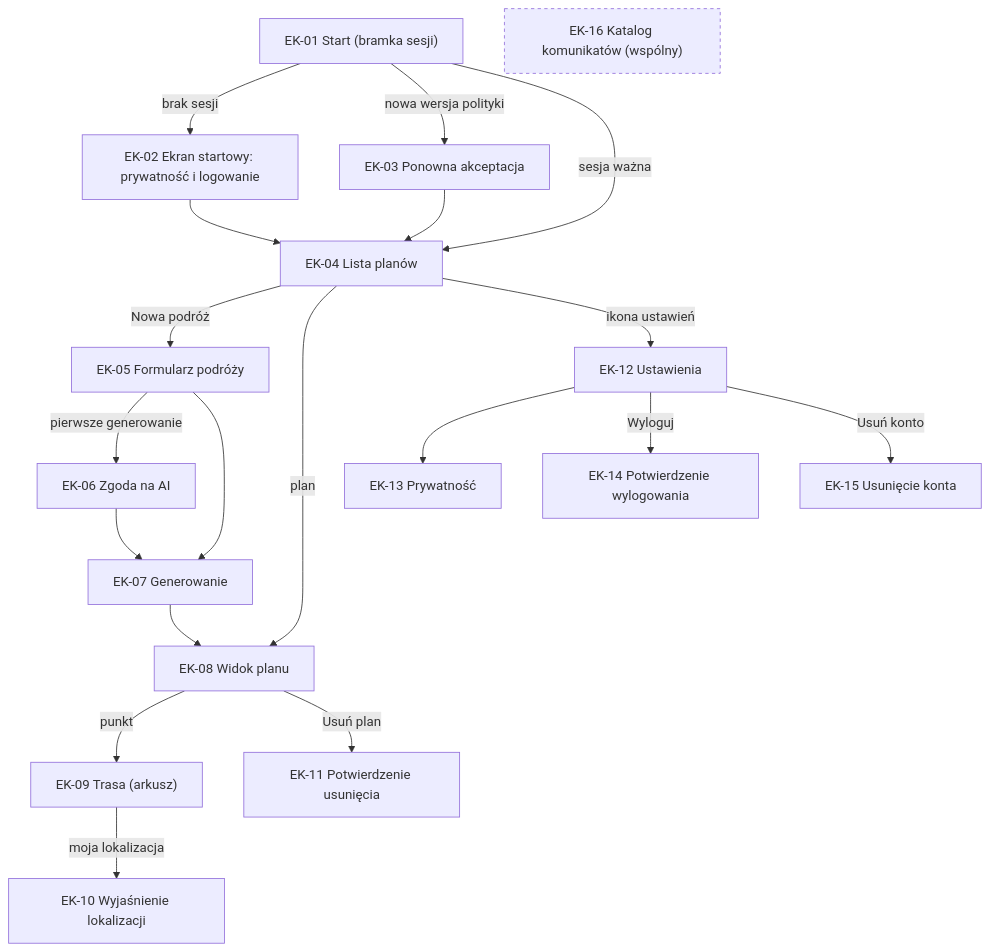
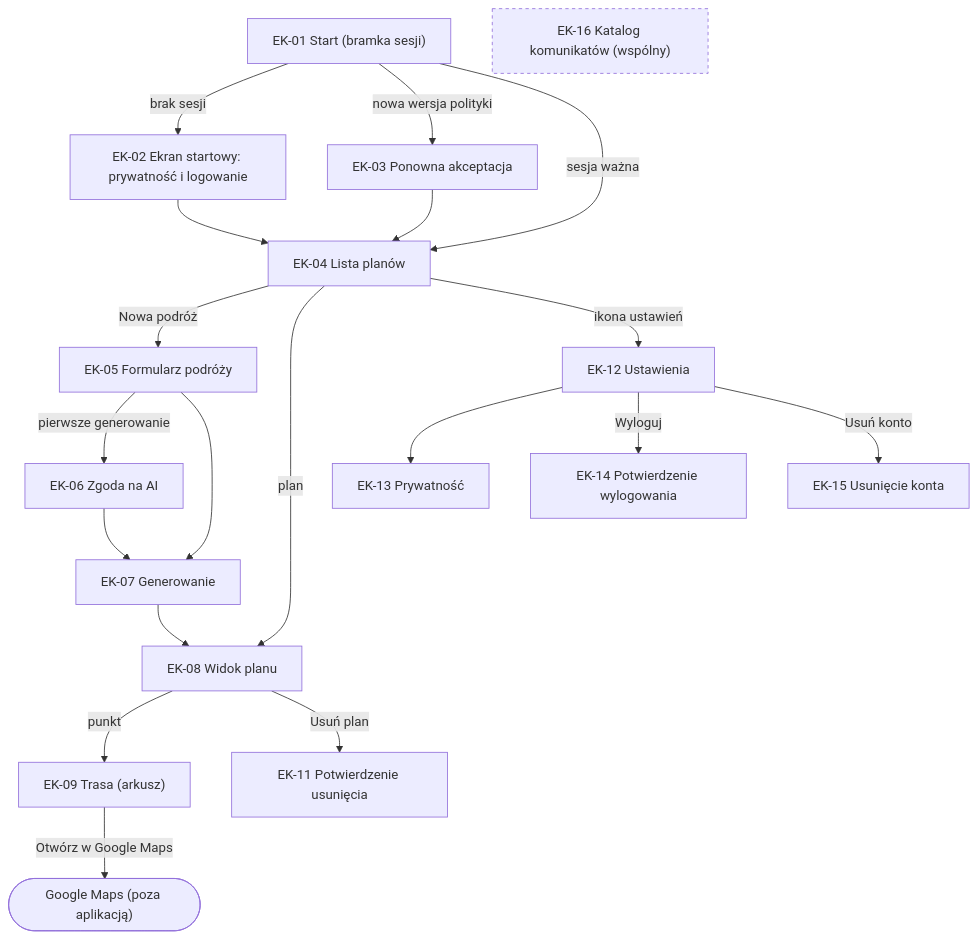
One commit to tadecode/tamitu changed the first of 11 diagrams in docs/ux/flows.md. Above: the diagram before and after it, drawn with Mermaid. The commit also changed other lines of this file and 25 other files, not shown here.

````diff
--- a/docs/ux/flows.md
+++ b/docs/ux/flows.md
@@ -12,23 +12,23 @@
 ```mermaid
 flowchart TD
   EK01["EK-01 Start (bramka sesji)"] -->|brak sesji| EK02["EK-02 Ekran startowy: prywatność i logowanie"]
   EK01 -->|nowa wersja polityki| EK03["EK-03 Ponowna akceptacja"]
   EK01 -->|sesja ważna| EK04["EK-04 Lista planów"]
   EK02 --> EK04
   EK03 --> EK04
   EK04 -->|Nowa podróż| EK05["EK-05 Formularz podróży"]
   EK05 -->|pierwsze generowanie| EK06["EK-06 Zgoda na AI"]
   EK05 --> EK07["EK-07 Generowanie"]
   EK06 --> EK07
   EK07 --> EK08["EK-08 Widok planu"]
   EK04 -->|plan| EK08
   EK08 -->|punkt| EK09["EK-09 Trasa (arkusz)"]
-  EK09 -->|moja lokalizacja| EK10["EK-10 Wyjaśnienie lokalizacji"]
+  EK09 -->|Otwórz w Google Maps| GM(["Google Maps (poza aplikacją)"])
   EK08 -->|Usuń plan| EK11["EK-11 Potwierdzenie usunięcia"]
   EK04 -->|ikona ustawień| EK12["EK-12 Ustawienia"]
   EK12 --> EK13["EK-13 Prywatność"]
   EK12 -->|Wyloguj| EK14["EK-14 Potwierdzenie wylogowania"]
   EK12 -->|Usuń konto| EK15["EK-15 Usunięcie konta"]
   EK16["EK-16 Katalog komunikatów (wspólny)"]:::shared
   classDef shared stroke-dasharray: 4 4
 ```
````
